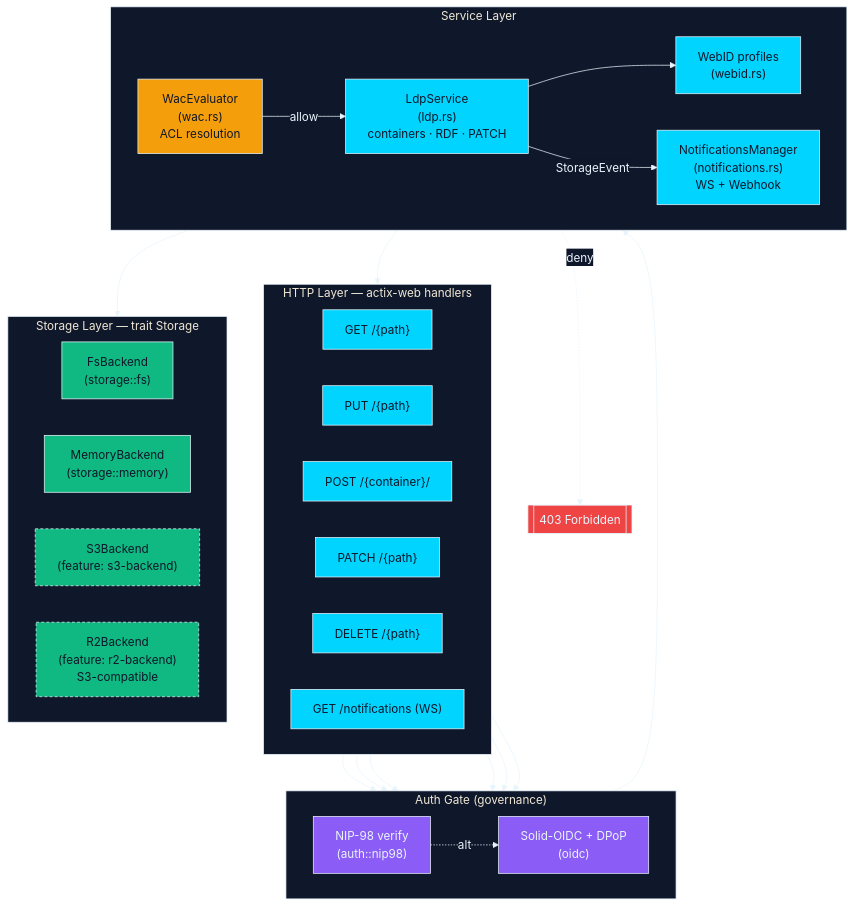
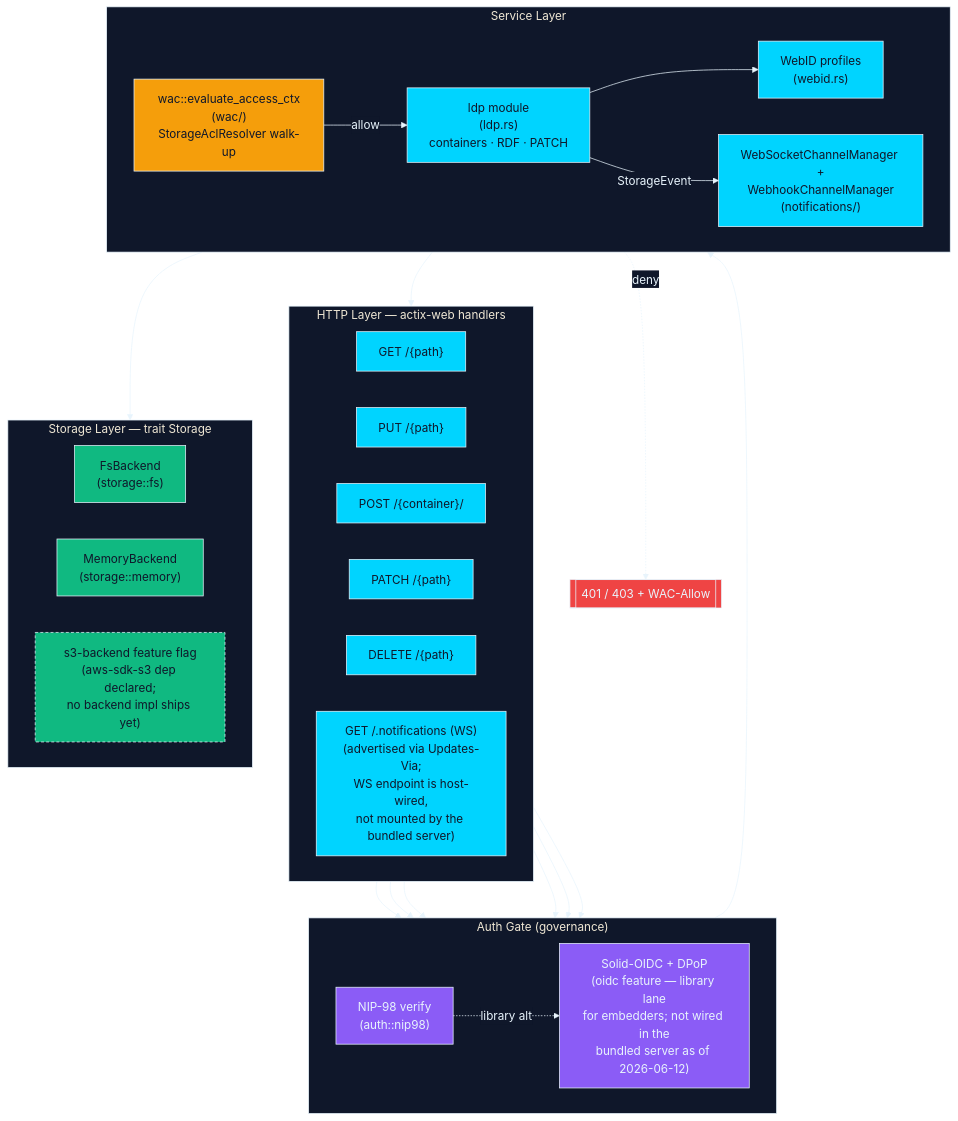
Before and after one commit to DreamLab-AI/solid-pod-rs: the diagram in crates/solid-pod-rs/docs/diagrams/src/01-architecture-overview.mmd, drawn with Mermaid. The commit also changed 12 other files, not shown here.

First line of the commit message:
docs(diagrams): verify mermaid diagrams against crate code; correct drifted claims

```diff
--- a/crates/solid-pod-rs/docs/diagrams/src/01-architecture-overview.mmd
+++ b/crates/solid-pod-rs/docs/diagrams/src/01-architecture-overview.mmd
@@ -1,67 +1,66 @@
 %%{init: {'theme':'base','themeVariables':{
   'primaryColor':'#0f172a','primaryTextColor':'#E8F4FC','primaryBorderColor':'#E8F4FC',
   'lineColor':'#E8F4FC','secondaryColor':'#0f172a','tertiaryColor':'#0f172a',
   'background':'transparent','mainBkg':'#0f172a','clusterBkg':'#0f172a','clusterBorder':'#E8F4FC',
   'edgeLabelBackground':'#0f172a','fontFamily':'ui-sans-serif, system-ui, sans-serif'
 }}}%%
 flowchart TB
   %% ───── HTTP LAYER ─────
   subgraph HTTP["HTTP Layer — actix-web handlers"]
     direction LR
     H_GET["GET /{path}"]:::svc
     H_PUT["PUT /{path}"]:::svc
     H_POST["POST /{container}/"]:::svc
     H_PATCH["PATCH /{path}"]:::svc
     H_DEL["DELETE /{path}"]:::svc
-    H_WS["GET /notifications&nbsp;(WS)"]:::svc
+    H_WS["GET /.notifications&nbsp;(WS)\n(advertised via Updates-Via;\nWS endpoint is host-wired,\nnot mounted by the bundled server)"]:::svc
   end
 
   %% ───── AUTH GATE ─────
   subgraph AUTH["Auth Gate (governance)"]
     direction LR
     NIP98["NIP-98 verify\n(auth::nip98)"]:::gov
-    OIDC["Solid-OIDC + DPoP\n(oidc)"]:::gov
+    OIDC["Solid-OIDC + DPoP\n(oidc feature — library lane\nfor embedders; not wired in the\nbundled server as of 2026-06-12)"]:::gov
   end
 
   %% ───── SERVICE LAYER ─────
   subgraph SVC["Service Layer"]
     direction LR
-    LDP["LdpService\n(ldp.rs)\ncontainers · RDF · PATCH"]:::svc
-    WAC["WacEvaluator\n(wac.rs)\nACL resolution"]:::gate
-    NOTIF["NotificationsManager\n(notifications.rs)\nWS + Webhook"]:::svc
+    LDP["ldp module\n(ldp.rs)\ncontainers · RDF · PATCH"]:::svc
+    WAC["wac::evaluate_access_ctx\n(wac/)\nStorageAclResolver walk-up"]:::gate
+    NOTIF["WebSocketChannelManager +\nWebhookChannelManager\n(notifications/)"]:::svc
     WEBID["WebID profiles\n(webid.rs)"]:::svc
   end
 
   %% ───── STORAGE LAYER ─────
   subgraph STORE["Storage Layer — trait Storage"]
     direction LR
     FS["FsBackend\n(storage::fs)"]:::store
     MEM["MemoryBackend\n(storage::memory)"]:::store
-    S3["S3Backend\n(feature: s3-backend)"]:::storeOpt
-    R2["R2Backend\n(feature: r2-backend)\nS3-compatible"]:::storeOpt
+    S3["s3-backend feature flag\n(aws-sdk-s3 dep declared;\nno backend impl ships yet)"]:::storeOpt
   end
 
   %% ───── FLOW ─────
   H_GET --> NIP98
   H_PUT --> NIP98
   H_POST --> NIP98
   H_PATCH --> NIP98
   H_DEL --> NIP98
   H_WS --> NIP98
-  NIP98 -.alt.-> OIDC
+  NIP98 -.library alt.-> OIDC
 
   AUTH --> WAC
   WAC -->|allow| LDP
-  WAC -.deny.-> DENY[["403 Forbidden"]]:::deny
+  WAC -.deny.-> DENY[["401 / 403 + WAC-Allow"]]:::deny
 
   LDP --> WEBID
   LDP --> STORE
   LDP -->|StorageEvent| NOTIF
   NOTIF --> H_WS
 
   classDef gov fill:#8B5CF6,stroke:#E8F4FC,stroke-width:1px,color:#E8F4FC
   classDef gate fill:#F59E0B,stroke:#E8F4FC,stroke-width:1px,color:#0f172a
   classDef svc fill:#00D4FF,stroke:#E8F4FC,stroke-width:1px,color:#0f172a
   classDef store fill:#10B981,stroke:#E8F4FC,stroke-width:1px,color:#0f172a
   classDef storeOpt fill:#10B981,stroke:#E8F4FC,stroke-width:1px,color:#0f172a,stroke-dasharray: 4 3
   classDef deny fill:#EF4444,stroke:#E8F4FC,stroke-width:1px,color:#E8F4FC
```
